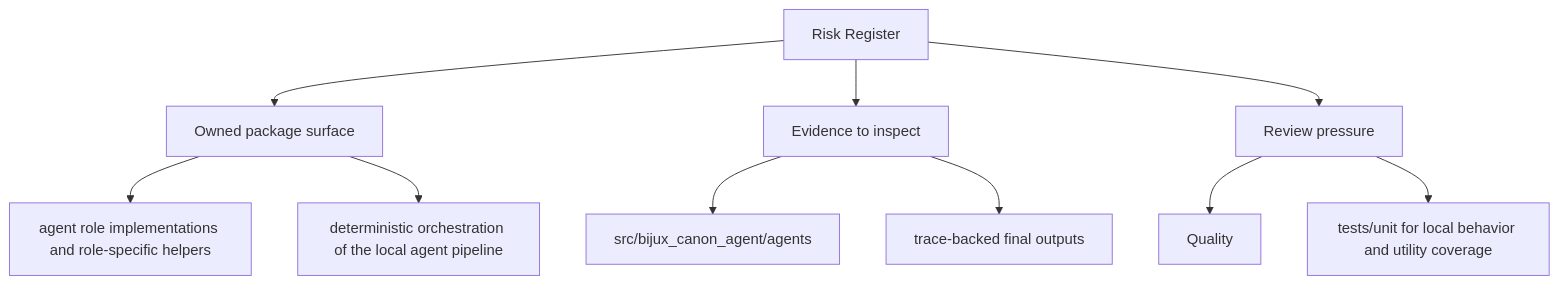
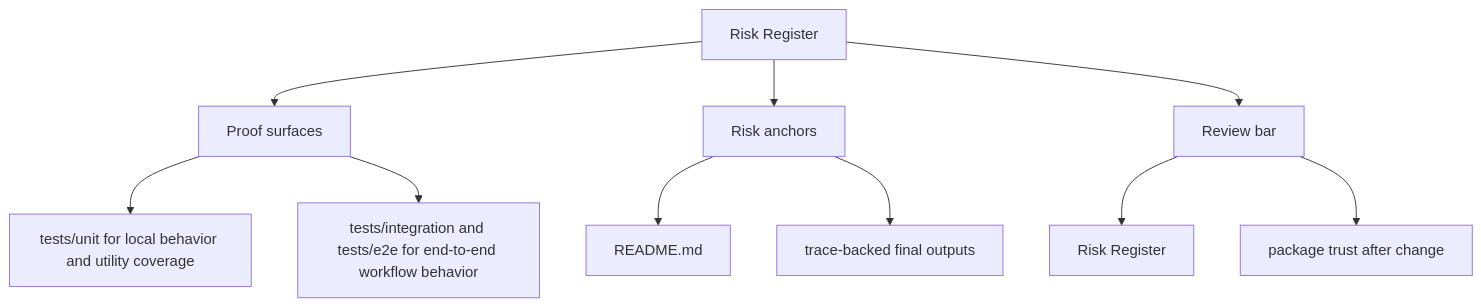
One commit to bijux/bijux-canon changed the second of 2 diagrams in docs/bijux-canon-agent/quality/risk-register.md. Above: the diagram before and after it, drawn with Mermaid. The commit also changed other lines of this file and 250 other files, not shown here.

Commit message:
docs(diagrams): make product page maps more readable

````diff
--- a/docs/bijux-canon-agent/quality/risk-register.md
+++ b/docs/bijux-canon-agent/quality/risk-register.md
@@ -35,22 +35,22 @@
 ```mermaid
 flowchart TD
     page["Risk Register"]
-    focus1["Owned package surface"]
+    focus1["Proof surfaces"]
     page --> focus1
-    focus1_1["agent role implementations and role-specific helpers"]
+    focus1_1["tests/unit for local behavior and utility coverage"]
     focus1 --> focus1_1
-    focus1_2["deterministic orchestration of the local agent pipeline"]
+    focus1_2["tests/integration and tests/e2e for end-to-end workflow behavior"]
     focus1 --> focus1_2
-    focus2["Evidence to inspect"]
+    focus2["Risk anchors"]
     page --> focus2
-    focus2_1["src/bijux_canon_agent/agents"]
+    focus2_1["README.md"]
     focus2 --> focus2_1
     focus2_2["trace-backed final outputs"]
     focus2 --> focus2_2
-    focus3["Review pressure"]
+    focus3["Review bar"]
     page --> focus3
-    focus3_1["Quality"]
+    focus3_1["Risk Register"]
     focus3 --> focus3_1
-    focus3_2["tests/unit for local behavior and utility coverage"]
+    focus3_2["package trust after change"]
     focus3 --> focus3_2
 ```
````
